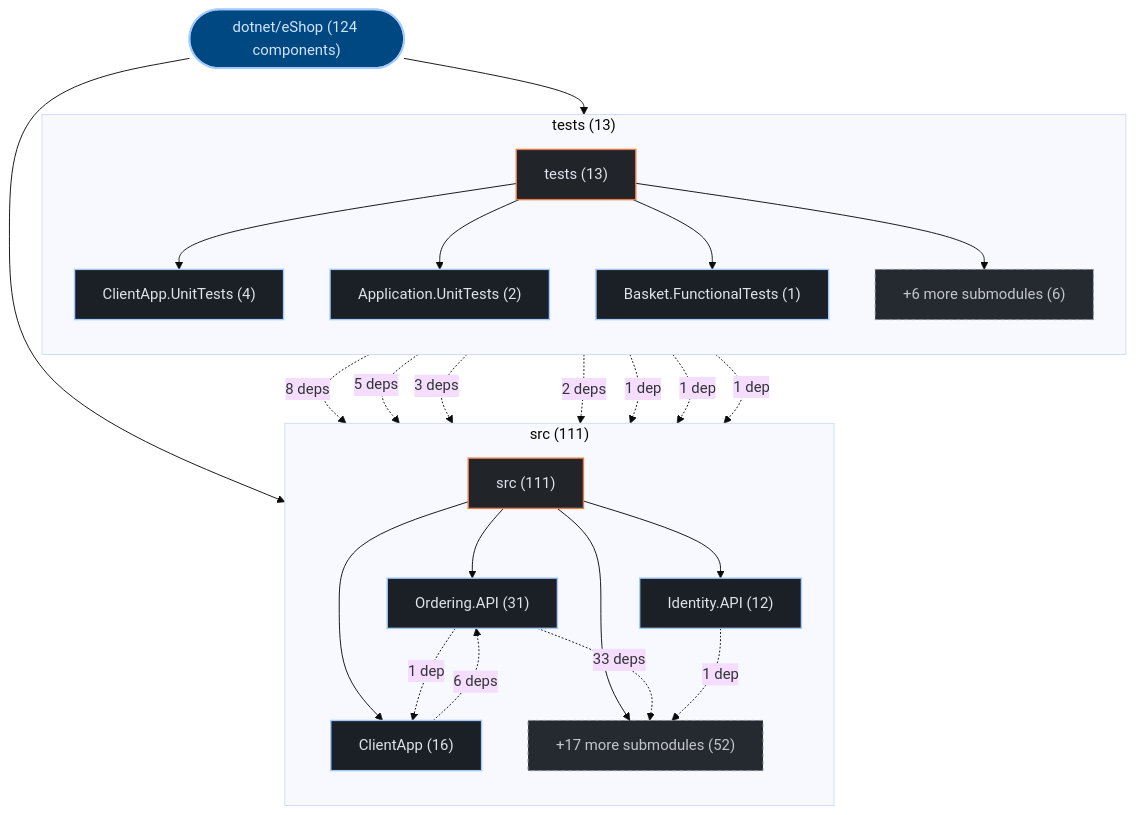
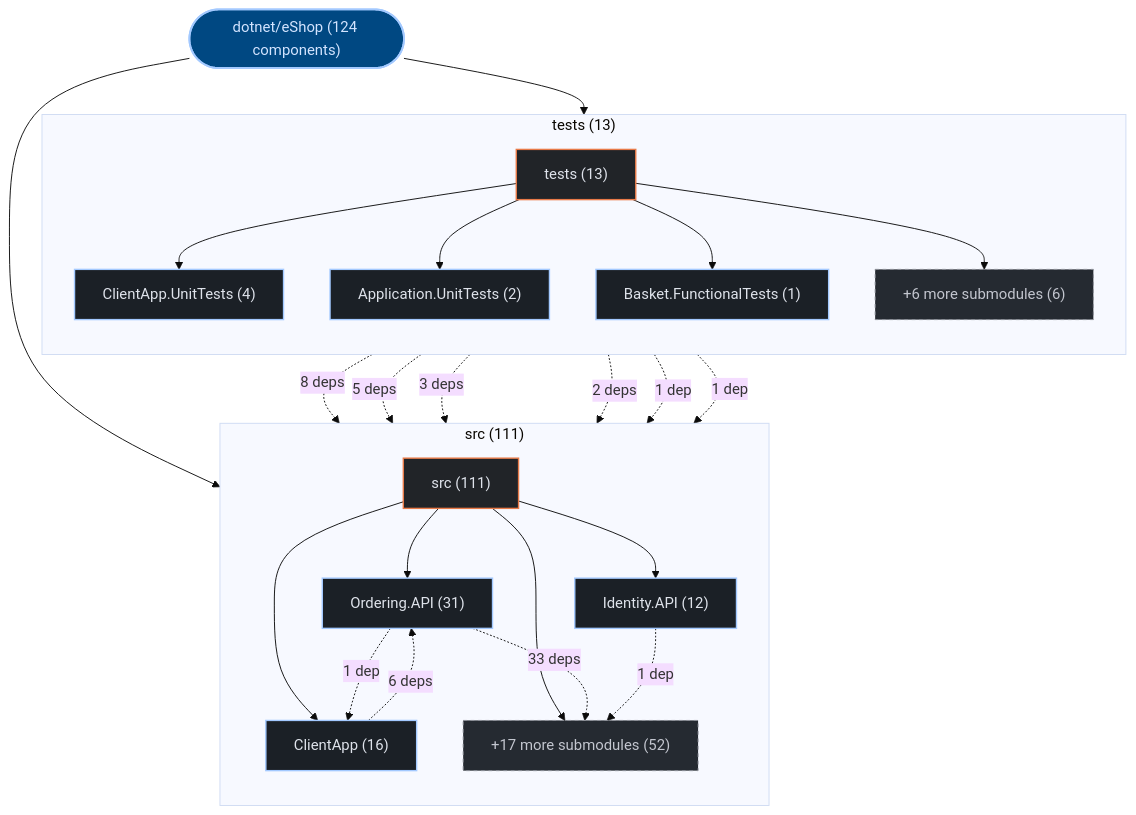
Before and after one commit to kumarshaz/atruss-code-atlas: the first of 3 diagrams in exports/latest/reports/dotnet-eShop-report.md, drawn with Mermaid (base theme). The commit also changed other lines of this file and 1613 other files, not shown here.

````diff
--- a/exports/latest/reports/dotnet-eShop-report.md
+++ b/exports/latest/reports/dotnet-eShop-report.md
@@ -42,48 +42,48 @@
 ```mermaid
 graph TD;
+    %% title: Building Block View — dotnet/eShop
   classDef atlasRoot fill:#004882,stroke:#a3c9ff,stroke-width:2px,color:#d3e4ff
   classDef atlasCategory fill:#212428,stroke:#E87A48,stroke-width:1.5px,color:#dfe3eb
   classDef atlasWorkflow fill:#1b2026,stroke:#a3c9ff,stroke-width:1.5px,color:#dfe3eb
   classDef atlasJob fill:#171c22,stroke:#8d9199,stroke-width:1px,color:#dfe3eb
   classDef atlasTarget fill:#005227,stroke:#8bd99b,stroke-width:1.5px,color:#a7f6b6
   classDef atlasAlert fill:#93000a,stroke:#ffb4ab,stroke-width:1.5px,color:#ffdad6
   classDef atlasMore fill:#252a31,stroke:#8d9199,stroke-dasharray:4 4,color:#c3c6cf
     repo_root(["dotnet/eShop (124 components)"]):::atlasRoot
     subgraph sg_dir_0_src["src (111)"]
       direction TB
       dir_0_src["src (111)"]:::atlasCategory
       sub_0_0_Ordering_API["Ordering.API (31)"]:::atlasWorkflow
       dir_0_src --> sub_0_0_Ordering_API
       sub_0_1_ClientApp["ClientApp (16)"]:::atlasWorkflow
       dir_0_src --> sub_0_1_ClientApp
       sub_0_2_Identity_API["Identity.API (12)"]:::atlasWorkflow
       dir_0_src --> sub_0_2_Identity_API
       sub_0_more["+17 more submodules (52)"]:::atlasMore
       dir_0_src --> sub_0_more
     end
     repo_root --> dir_0_src
     subgraph sg_dir_1_tests["tests (13)"]
       direction TB
       dir_1_tests["tests (13)"]:::atlasCategory
       sub_1_0_ClientApp_UnitTests["ClientApp.UnitTests (4)"]:::atlasWorkflow
       dir_1_tests --> sub_1_0_ClientApp_UnitTests
       sub_1_1_Application_UnitTests["Application.UnitTests (2)"]:::atlasWorkflow
       dir_1_tests --> sub_1_1_Application_UnitTests
       sub_1_2_Basket_FunctionalTests["Basket.FunctionalTests (1)"]:::atlasWorkflow
       dir_1_tests --> sub_1_2_Basket_FunctionalTests
       sub_1_more["+6 more submodules (6)"]:::atlasMore
       dir_1_tests --> sub_1_more
     end
     repo_root --> dir_1_tests
     sub_0_0_Ordering_API -.->|"33 deps"| sub_0_more
     sub_1_more -.->|"8 deps"| sub_0_more
     sub_0_1_ClientApp -.->|"6 deps"| sub_0_0_Ordering_API
     sub_1_1_Application_UnitTests -.->|"5 deps"| sub_0_more
     sub_1_0_ClientApp_UnitTests -.->|"3 deps"| sub_0_1_ClientApp
     sub_1_more -.->|"2 deps"| sub_0_0_Ordering_API
     sub_0_0_Ordering_API -.->|"1 dep"| sub_0_1_ClientApp
     sub_0_2_Identity_API -.->|"1 dep"| sub_0_more
     sub_1_1_Application_UnitTests -.->|"1 dep"| sub_0_2_Identity_API
     sub_1_2_Basket_FunctionalTests -.->|"1 dep"| sub_0_more
-    sub_1_more -.->|"1 dep"| sub_0_2_Identity_API
 ```
````
